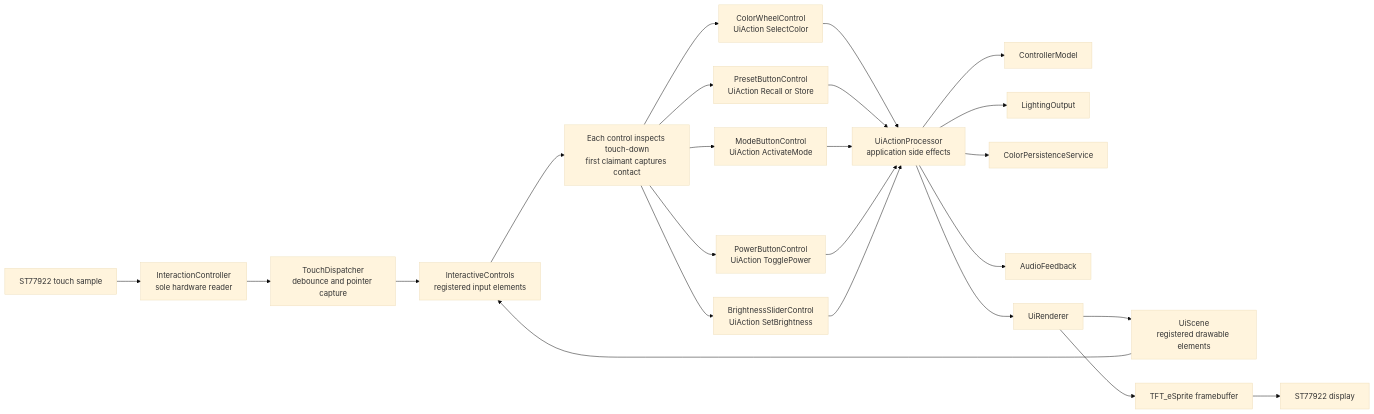
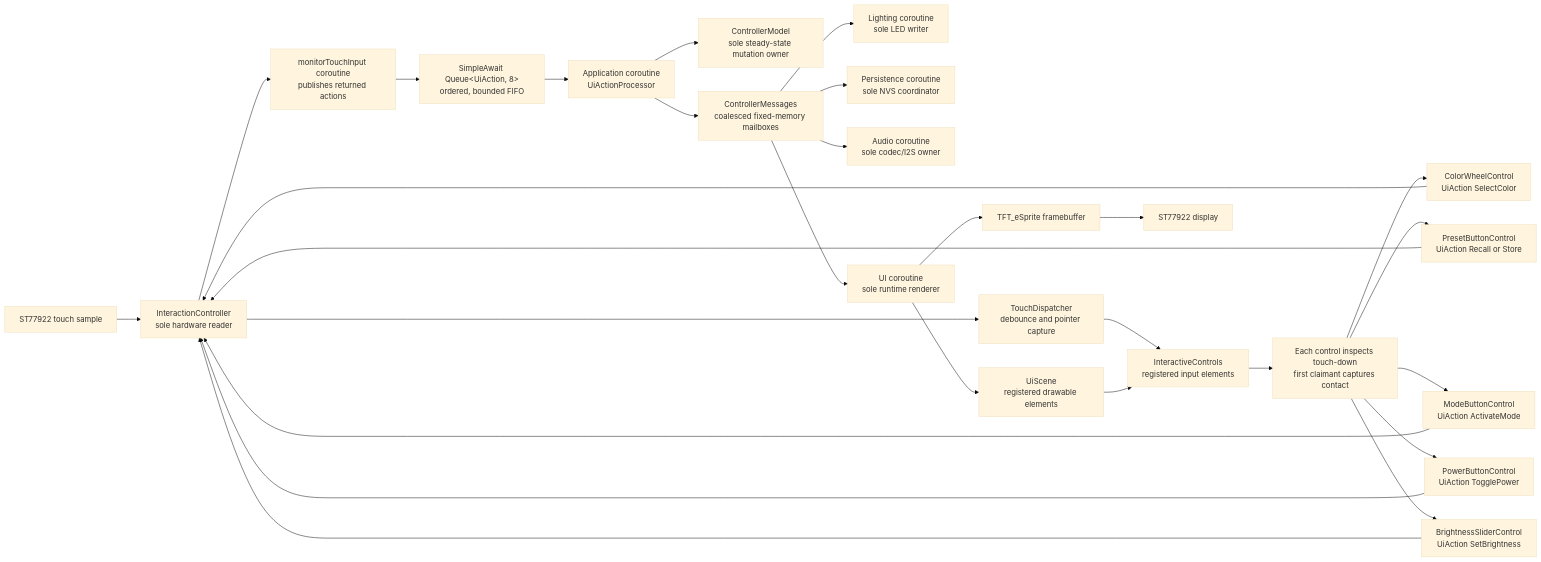
One commit to noelanderson/color-controller changed the third of 10 diagrams in docs/ux-interaction-and-class-diagrams.md. Above: the diagram before and after it, drawn with Mermaid (base theme). The commit also changed other lines of this file and 28 other files, not shown here.

````diff
--- a/docs/ux-interaction-and-class-diagrams.md
+++ b/docs/ux-interaction-and-class-diagrams.md
@@ -69,30 +72,34 @@
 ```mermaid
 flowchart LR
     Touch["ST77922 touch sample"] --> Reader["InteractionController<br/>sole hardware reader"]
     Reader --> Contact["TouchDispatcher<br/>debounce and pointer capture"]
     Contact --> Controls["InteractiveControls<br/>registered input elements"]
 
     Controls --> Claim["Each control inspects touch-down<br/>first claimant captures contact"]
     Claim --> Wheel["ColorWheelControl<br/>UiAction SelectColor"]
     Claim --> Presets["PresetButtonControl<br/>UiAction Recall or Store"]
     Claim --> Modes["ModeButtonControl<br/>UiAction ActivateMode"]
     Claim --> Power["PowerButtonControl<br/>UiAction TogglePower"]
     Claim --> Slider["BrightnessSliderControl<br/>UiAction SetBrightness"]
 
-    Wheel --> Router["UiActionProcessor<br/>application side effects"]
-    Presets --> Router
-    Modes --> Router
-    Power --> Router
-    Slider --> Router
+    Wheel --> Reader
+    Presets --> Reader
+    Modes --> Reader
+    Power --> Reader
+    Slider --> Reader
+    Reader --> Producer["monitorTouchInput coroutine<br/>publishes returned actions"]
+    Producer --> Queue["SimpleAwait Queue&lt;UiAction, 8&gt;<br/>ordered, bounded FIFO"]
 
-    Router --> Model["ControllerModel"]
-    Router --> Lighting["LightingOutput"]
-    Router --> Persistence["ColorPersistenceService"]
-    Router --> Audio["AudioFeedback"]
-    Router --> Renderer["UiRenderer"]
+    Queue --> App["Application coroutine<br/>UiActionProcessor"]
+    App --> Model["ControllerModel<br/>sole steady-state mutation owner"]
+    App --> Messages["ControllerMessages<br/>coalesced fixed-memory mailboxes"]
+    Messages --> Lighting["Lighting coroutine<br/>sole LED writer"]
+    Messages --> Persistence["Persistence coroutine<br/>sole NVS coordinator"]
+    Messages --> Audio["Audio coroutine<br/>sole codec/I2S owner"]
+    Messages --> Renderer["UI coroutine<br/>sole runtime renderer"]
 
     Renderer --> Scene["UiScene<br/>registered drawable elements"]
     Scene --> Controls
     Renderer --> Framebuffer["TFT_eSprite framebuffer"]
     Framebuffer --> Display["ST77922 display"]
 ```
````
